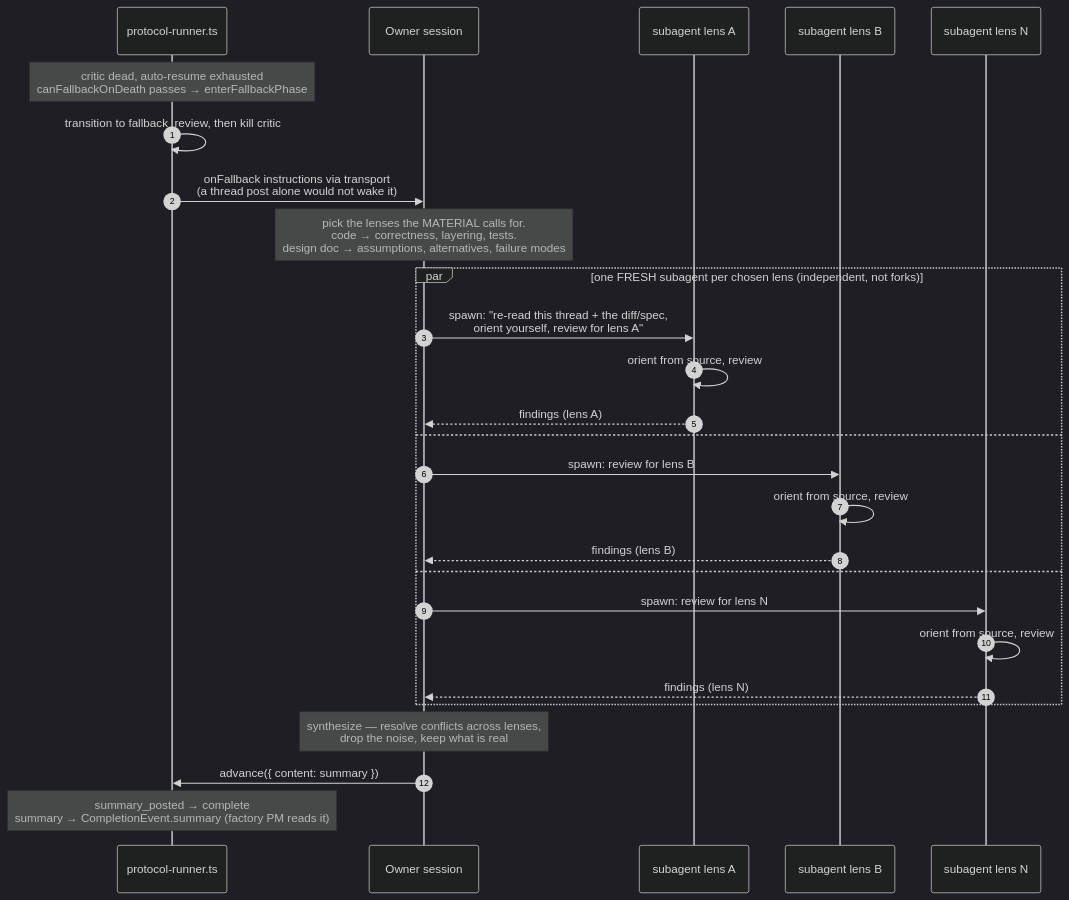
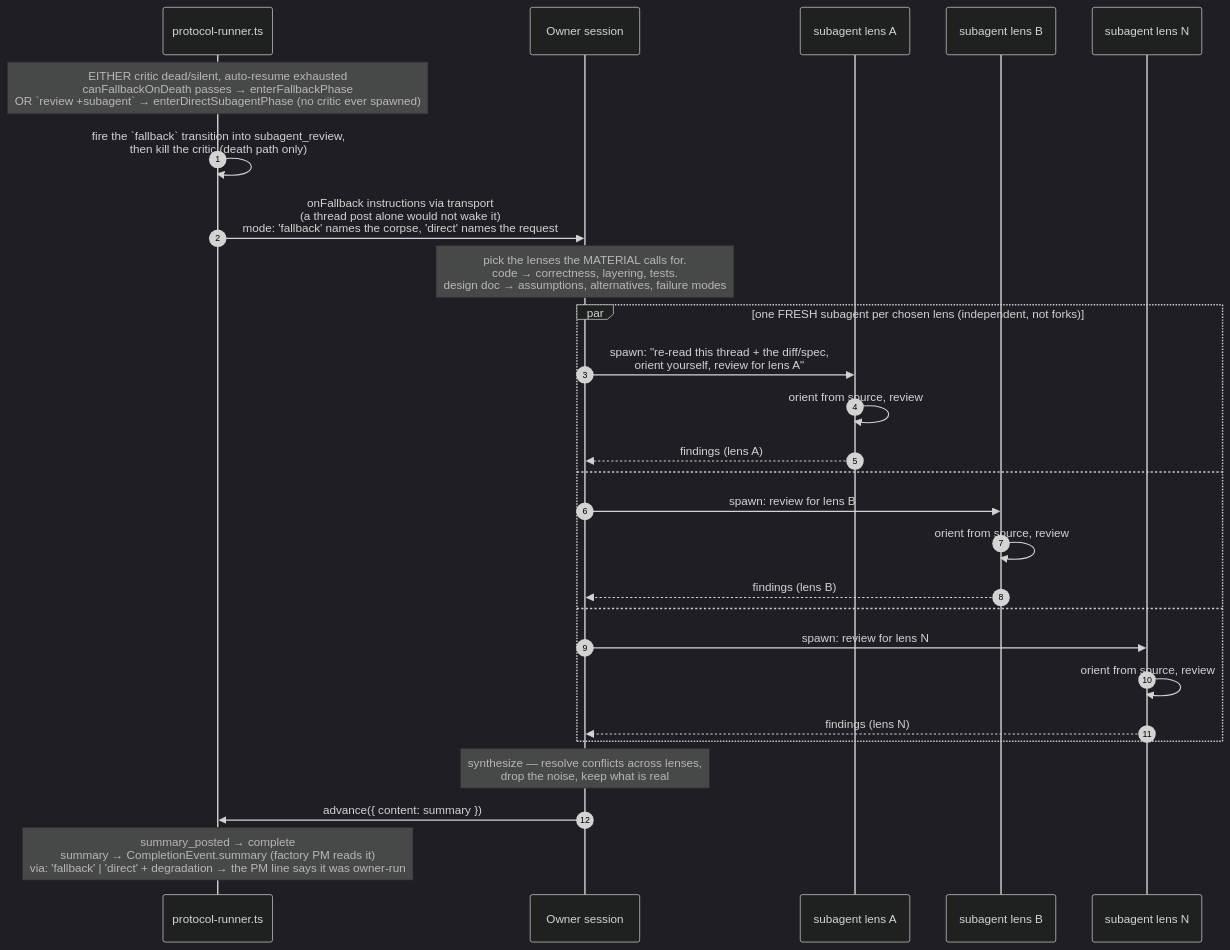
Before and after one commit to sf8193/hydra: the diagram in diagrams/flow-review-fallback.mmd, drawn with Mermaid (dark theme). The commit also changed 18 other files, not shown here.

First line of the commit message:
factory: review expressiveness — name the path, choose the path

```diff
--- a/diagrams/flow-review-fallback.mmd
+++ b/diagrams/flow-review-fallback.mmd
@@ -1,41 +1,43 @@
-%% Owner-driven subagent review — what the critic-death fallback actually does:
+%% Owner-driven subagent review — what the subagent_review phase actually does:
 %% the owner fans out to fresh, independent subagents (one per material-driven
 %% lens, NOT forks of its own context), runs them in parallel, and synthesizes
 %% their findings into the closing summary.
 %%
-%% This diagram is scoped to the subagent dynamics. The engine-side TRIGGER that
-%% gets here — critic death, 3s debounce, auto-resume (up to 5), grace timer,
-%% canFallbackOnDeath — is in flow-protocol-robustness.mmd. enterFallbackPhase in
-%% protocol-runner.ts is the seam between the two.
+%% This diagram is scoped to the subagent dynamics, which are identical whichever
+%% door the phase was entered through. The engine-side TRIGGERS that get here —
+%% critic death or silence (3s debounce, auto-resume up to 5, grace timer,
+%% canFallbackOnDeath), and the direct `review +subagent` request — are in
+%% flow-protocol-robustness.mmd. enterFallbackPhase / enterDirectSubagentPhase in
+%% protocol-runner.ts are the seam between the two.
 
 sequenceDiagram
     autonumber
     participant PR as protocol-runner.ts
     participant Owner as Owner session
     participant LA as subagent lens A
     participant LB as subagent lens B
     participant LN as subagent lens N
 
-    Note over PR: critic dead, auto-resume exhausted<br/>canFallbackOnDeath passes → enterFallbackPhase
-    PR->>PR: transition to fallback_review, then kill critic
-    PR->>Owner: onFallback instructions via transport<br/>(a thread post alone would not wake it)
+    Note over PR: EITHER critic dead/silent, auto-resume exhausted<br/>canFallbackOnDeath passes → enterFallbackPhase<br/>OR `review +subagent` → enterDirectSubagentPhase (no critic ever spawned)
+    PR->>PR: fire the `fallback` transition into subagent_review,<br/>then kill the critic (death path only)
+    PR->>Owner: onFallback instructions via transport<br/>(a thread post alone would not wake it)<br/>mode: 'fallback' names the corpse, 'direct' names the request
 
     Note over Owner: pick the lenses the MATERIAL calls for.<br/>code → correctness, layering, tests.<br/>design doc → assumptions, alternatives, failure modes
 
     par one FRESH subagent per chosen lens (independent, not forks)
         Owner->>LA: spawn: "re-read this thread + the diff/spec,<br/>orient yourself, review for lens A"
         LA->>LA: orient from source, review
         LA-->>Owner: findings (lens A)
     and
         Owner->>LB: spawn: review for lens B
         LB->>LB: orient from source, review
         LB-->>Owner: findings (lens B)
     and
         Owner->>LN: spawn: review for lens N
         LN->>LN: orient from source, review
         LN-->>Owner: findings (lens N)
     end
 
     Note over Owner: synthesize — resolve conflicts across lenses,<br/>drop the noise, keep what is real
     Owner->>PR: advance({ content: summary })
-    Note over PR: summary_posted → complete<br/>summary → CompletionEvent.summary (factory PM reads it)
+    Note over PR: summary_posted → complete<br/>summary → CompletionEvent.summary (factory PM reads it)<br/>via: 'fallback' | 'direct' + degradation → the PM line says it was owner-run
```
